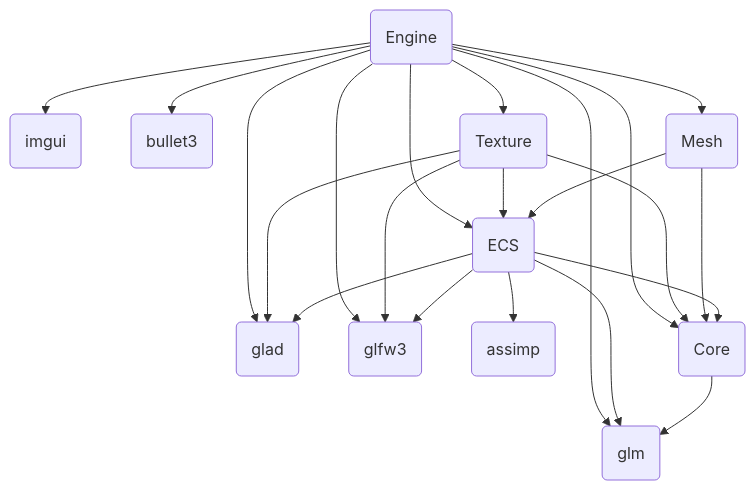
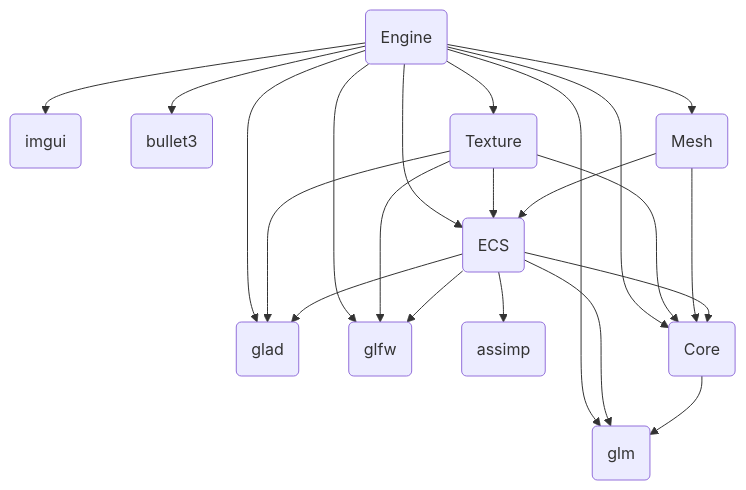
One commit to aidan-clyens/3dgraphicsengine changed the diagram in docs/DESIGN_DOC.md. Above: the diagram before and after it, drawn with Mermaid. The commit also changed 8 other files, not shown here.

````diff
--- a/docs/DESIGN_DOC.md
+++ b/docs/DESIGN_DOC.md
@@ -3,44 +3,44 @@
 ```mermaid
 graph TD
   glm("glm")
   glad("glad")
-  glfw3("glfw3")
+  glfw("glfw")
   assimp("assimp")
   imgui("imgui")
   bullet3("bullet3")
 
   Core("Core")
   ECS("ECS")
   Engine("Engine")
   Mesh("Mesh")
   Texture("Texture")
 
   Core --> glm
 
   ECS --> glm
   ECS --> glad
-  ECS --> glfw3
+  ECS --> glfw
   ECS --> assimp
 
   ECS --> Core
 
   Mesh --> Core
   Mesh --> ECS
 
   Texture --> glad
-  Texture --> glfw3
+  Texture --> glfw
 
   Texture --> Core
   Texture --> ECS
 
   Engine --> glm
   Engine --> glad
-  Engine --> glfw3
+  Engine --> glfw
   Engine --> imgui
   Engine --> bullet3
 
   Engine --> Core
   Engine --> Mesh
   Engine --> ECS
   Engine --> Texture
 ```
````
